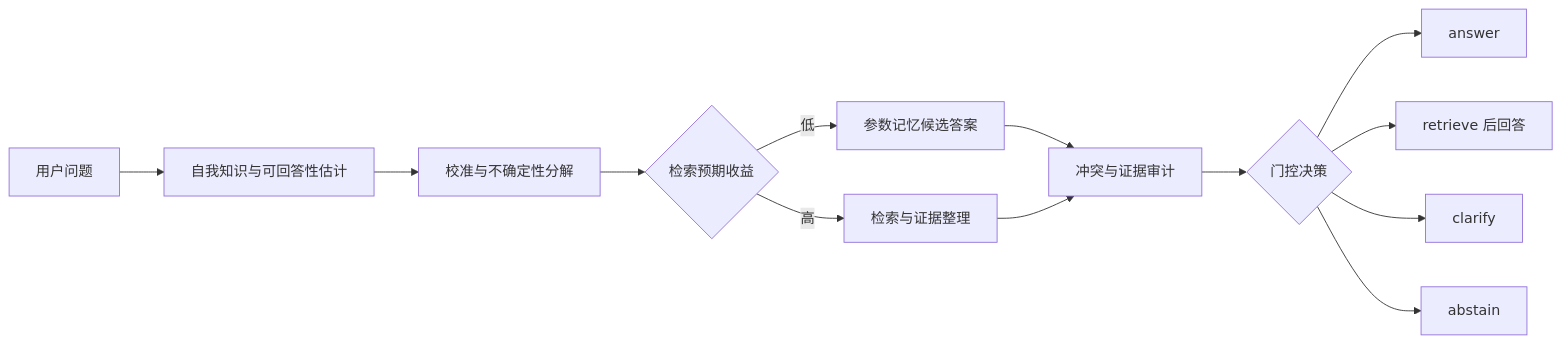
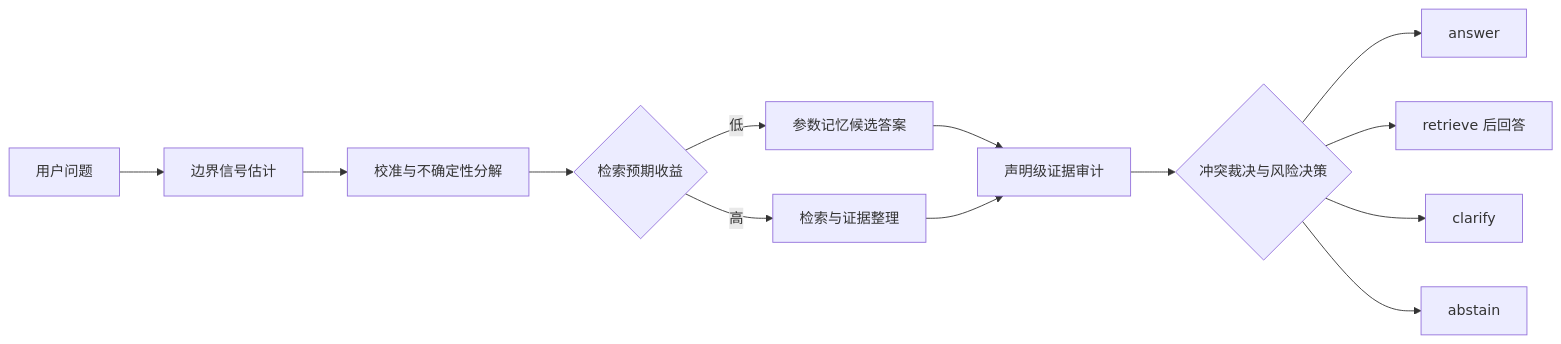
One commit to GarrisonRom/self-knowledge-gating changed the diagram in README.md. Above: the diagram before and after it, drawn with Mermaid. The commit also changed other lines of this file and 12 other files, not shown here.

````diff
--- a/README.md
+++ b/README.md
@@ -45,15 +68,15 @@
 ```mermaid
 flowchart LR
-    Q[用户问题] --> S[自我知识与可回答性估计]
+    Q[用户问题] --> S[边界信号估计]
     S --> C[校准与不确定性分解]
     C --> U{检索预期收益}
     U -->|低| M[参数记忆候选答案]
     U -->|高| R[检索与证据整理]
-    M --> X[冲突与证据审计]
+    M --> X[声明级证据审计]
     R --> X
-    X --> D{门控决策}
-    D --> A[answer]
-    D --> T[retrieve 后回答]
-    D --> L[clarify]
-    D --> B[abstain]
+    X --> A{冲突裁决与风险决策}
+    A --> AN[answer]
+    A --> RT[retrieve 后回答]
+    A --> CL[clarify]
+    A --> AB[abstain]
 ```
````
